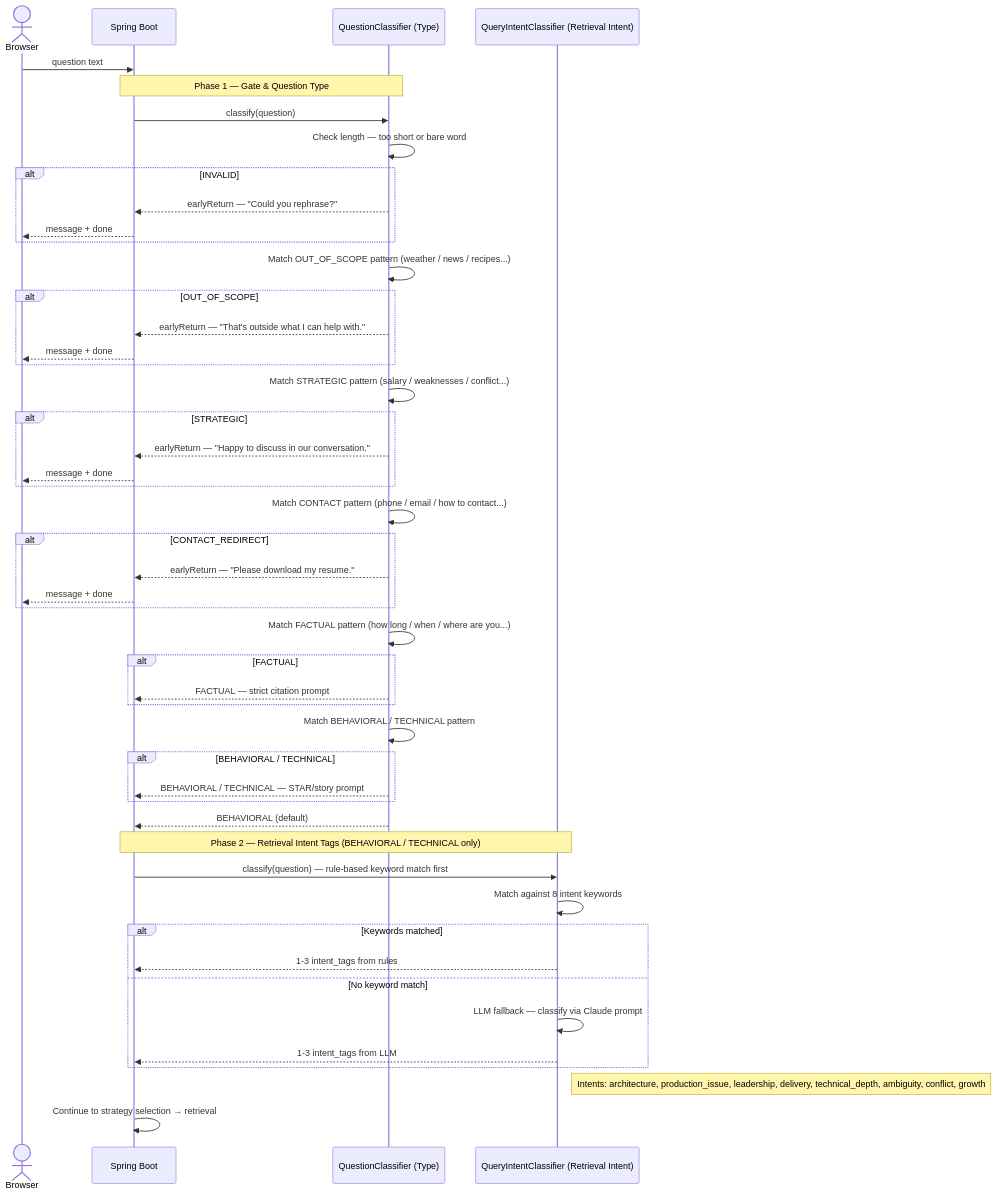
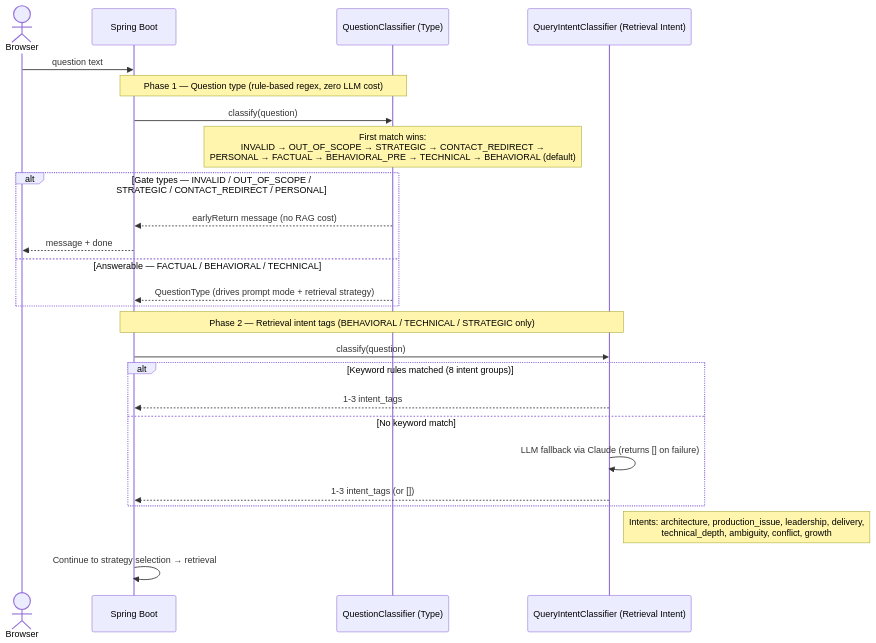
The diagram in docs/sequence-diagrams/question-classifier-flow.mmd (Ccbillow/portfolio-ai-rag), drawn with Mermaid before and after one commit. The commit also changed 10 other files, not shown here.

```diff
--- a/docs/sequence-diagrams/question-classifier-flow.mmd
+++ b/docs/sequence-diagrams/question-classifier-flow.mmd
@@ -1,60 +1,30 @@
 sequenceDiagram
     actor Browser
     participant API as Spring Boot
     participant QC as QuestionClassifier (Type)
     participant QIC as QueryIntentClassifier (Retrieval Intent)
 
     Browser->>API: question text
 
-    Note over API,QC: Phase 1 — Gate & Question Type
+    Note over API,QC: Phase 1 — Question type (rule-based regex, zero LLM cost)
     API->>QC: classify(question)
+    Note over QC: First match wins:<br/>INVALID → OUT_OF_SCOPE → STRATEGIC → CONTACT_REDIRECT →<br/>PERSONAL → FACTUAL → BEHAVIORAL_PRE → TECHNICAL → BEHAVIORAL (default)
 
-    QC->>QC: Check length — too short or bare word
-    alt INVALID
-        QC-->>API: earlyReturn — "Could you rephrase?"
+    alt Gate types — INVALID / OUT_OF_SCOPE / STRATEGIC / CONTACT_REDIRECT / PERSONAL
+        QC-->>API: earlyReturn message (no RAG cost)
         API-->>Browser: message + done
+    else Answerable — FACTUAL / BEHAVIORAL / TECHNICAL
+        QC-->>API: QuestionType (drives prompt mode + retrieval strategy)
     end
 
-    QC->>QC: Match OUT_OF_SCOPE pattern (weather / news / recipes...)
-    alt OUT_OF_SCOPE
-        QC-->>API: earlyReturn — "That's outside what I can help with."
-        API-->>Browser: message + done
+    Note over API,QIC: Phase 2 — Retrieval intent tags (BEHAVIORAL / TECHNICAL / STRATEGIC only)
+    API->>QIC: classify(question)
+    alt Keyword rules matched (8 intent groups)
+        QIC-->>API: 1-3 intent_tags
+    else No keyword match
+        QIC->>QIC: LLM fallback via Claude (returns [] on failure)
+        QIC-->>API: 1-3 intent_tags (or [])
     end
-
-    QC->>QC: Match STRATEGIC pattern (salary / weaknesses / conflict...)
-    alt STRATEGIC
-        QC-->>API: earlyReturn — "Happy to discuss in our conversation."
-        API-->>Browser: message + done
-    end
-
-    QC->>QC: Match CONTACT pattern (phone / email / how to contact...)
-    alt CONTACT_REDIRECT
-        QC-->>API: earlyReturn — "Please download my resume."
-        API-->>Browser: message + done
-    end
-
-    QC->>QC: Match FACTUAL pattern (how long / when / where are you...)
-    alt FACTUAL
-        QC-->>API: FACTUAL — strict citation prompt
-    end
-
-    QC->>QC: Match BEHAVIORAL / TECHNICAL pattern
-    alt BEHAVIORAL / TECHNICAL
-        QC-->>API: BEHAVIORAL / TECHNICAL — STAR/story prompt
-    end
-
-    QC-->>API: BEHAVIORAL (default)
-
-    Note over API,QIC: Phase 2 — Retrieval Intent Tags (BEHAVIORAL / TECHNICAL only)
-    API->>QIC: classify(question) — rule-based keyword match first
-    QIC->>QIC: Match against 8 intent keywords
-    alt Keywords matched
-        QIC-->>API: 1-3 intent_tags from rules
-    else No keyword match
-        QIC->>QIC: LLM fallback — classify via Claude prompt
-        QIC-->>API: 1-3 intent_tags from LLM
-    end
-
-    Note right of QIC: Intents: architecture, production_issue, leadership, delivery, technical_depth, ambiguity, conflict, growth
+    Note right of QIC: Intents: architecture, production_issue, leadership, delivery,<br/>technical_depth, ambiguity, conflict, growth
 
     API->>API: Continue to strategy selection → retrieval
```
